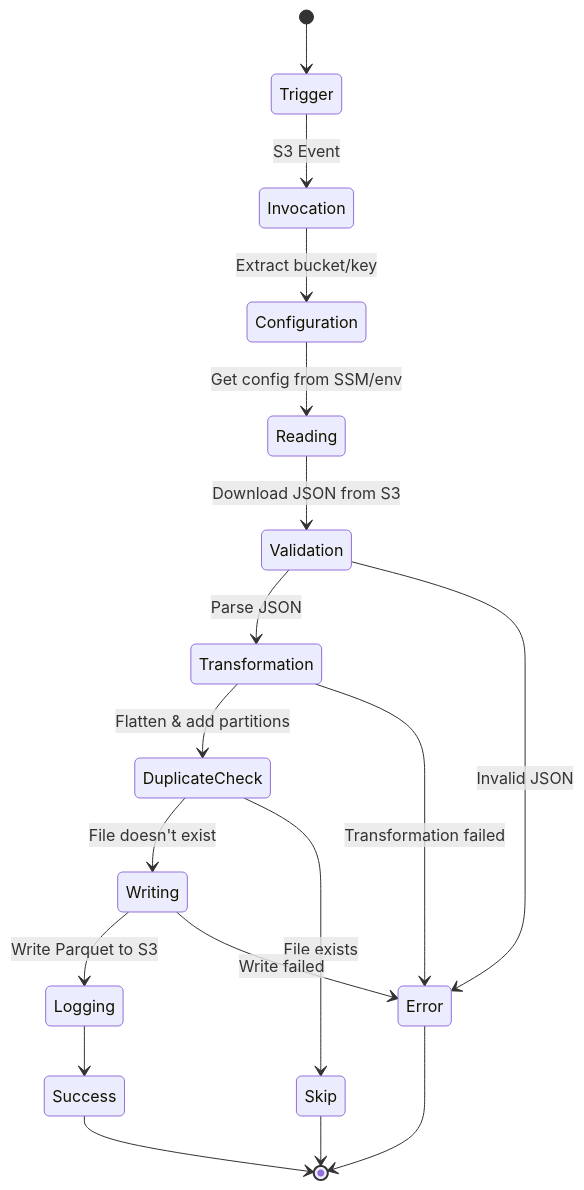
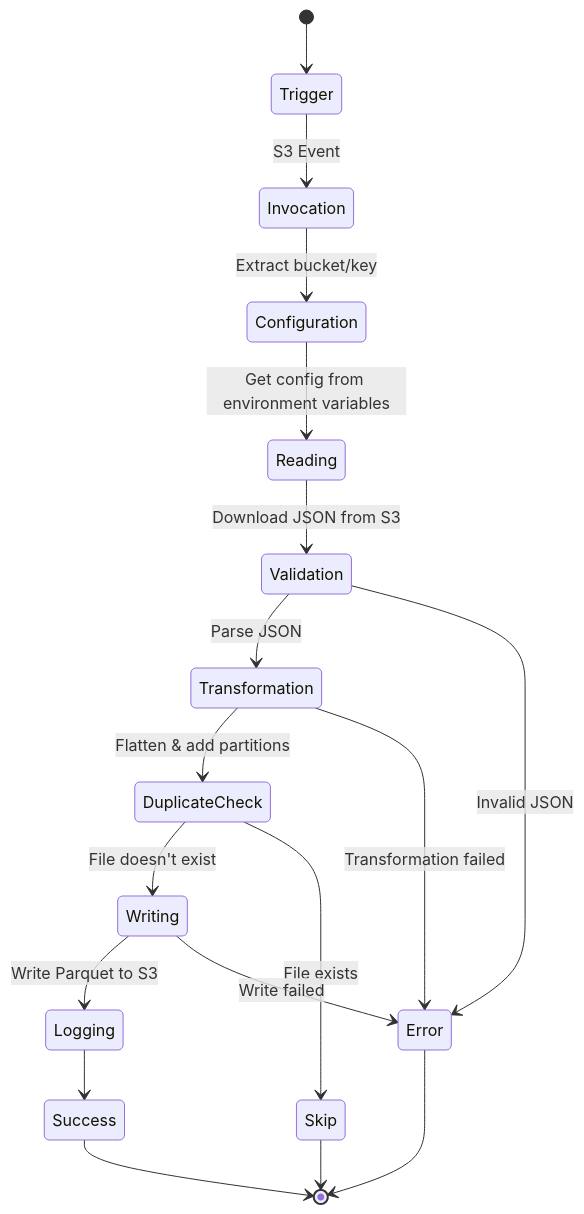
Before and after one commit to manifullstackdeveloper/aws_s3_parquet_athena_lambda: the second of 4 diagrams in docs/ARCHITECTURE.md, drawn with Mermaid. The commit also changed other lines of this file and 27 other files, not shown here.

````diff
--- a/docs/ARCHITECTURE.md
+++ b/docs/ARCHITECTURE.md
@@ -179,21 +184,21 @@
 ```mermaid
 stateDiagram-v2
     [*] --> Trigger
     Trigger --> Invocation: S3 Event
     Invocation --> Configuration: Extract bucket/key
-    Configuration --> Reading: Get config from SSM/env
+    Configuration --> Reading: Get config from environment variables
     Reading --> Validation: Download JSON from S3
     Validation --> Transformation: Parse JSON
     Transformation --> DuplicateCheck: Flatten & add partitions
     DuplicateCheck --> Writing: File doesn't exist
     DuplicateCheck --> Skip: File exists
     Writing --> Logging: Write Parquet to S3
     Logging --> Success
     Success --> [*]
     Skip --> [*]
     
     Validation --> Error: Invalid JSON
     Transformation --> Error: Transformation failed
     Writing --> Error: Write failed
     Error --> [*]
 ```
````
